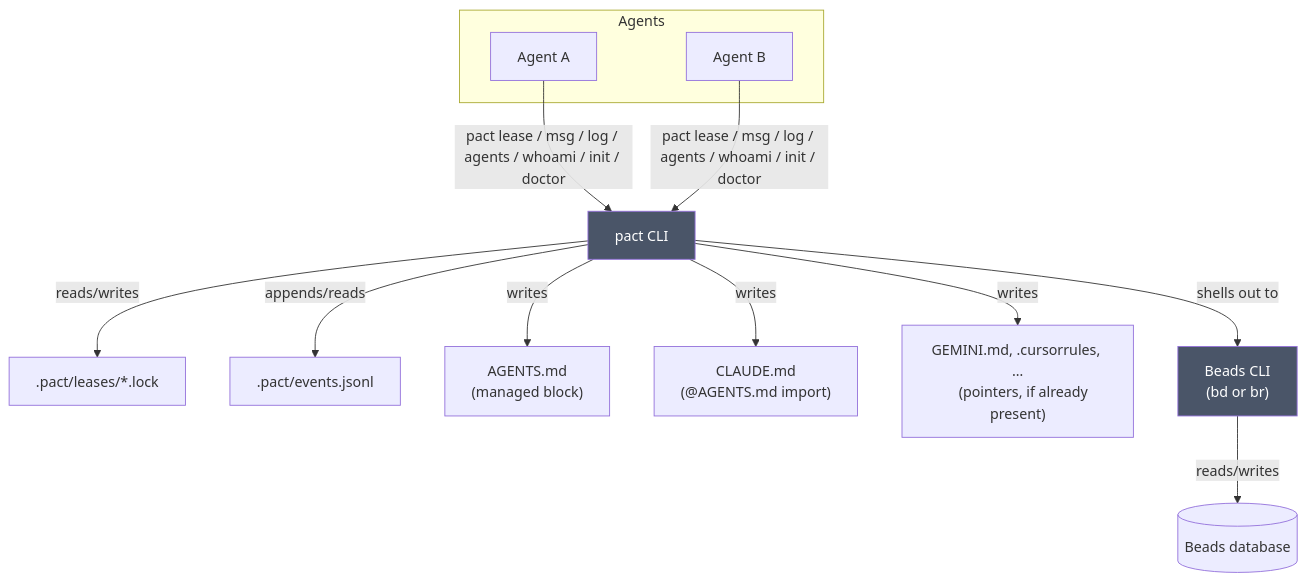
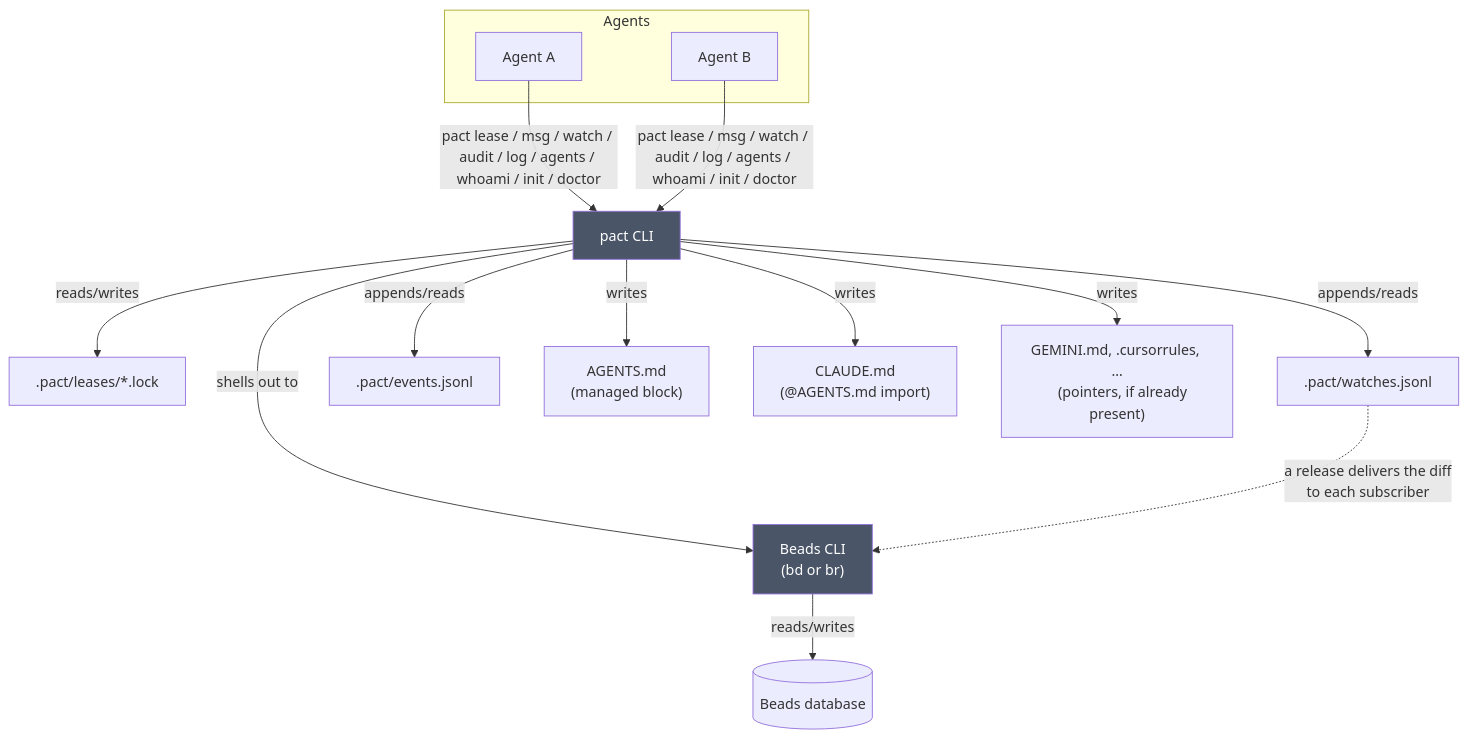
Before and after one commit to chussenot/pact: the diagram in docs/architecture.md, drawn with Mermaid. The commit also changed other lines of this file and 16 other files, not shown here.

````diff
--- a/docs/architecture.md
+++ b/docs/architecture.md
@@ -10,25 +16,28 @@
 ```mermaid
 flowchart TB
     subgraph Agents
         A[Agent A]
         B[Agent B]
     end
 
-    A -->|pact lease / msg / log / agents / whoami / init / doctor| P[pact CLI]
-    B -->|pact lease / msg / log / agents / whoami / init / doctor| P
+    A -->|"pact lease / msg / watch / audit / log / agents / whoami / init / doctor"| P[pact CLI]
+    B -->|"pact lease / msg / watch / audit / log / agents / whoami / init / doctor"| P
 
     P -->|reads/writes| L[".pact/leases/*.lock"]
+    P -->|appends/reads| W[".pact/watches.jsonl"]
     P -->|appends/reads| R[".pact/events.jsonl"]
     P -->|writes| M["AGENTS.md
     (managed block)"]
     P -->|writes| C["CLAUDE.md
     (@AGENTS.md import)"]
     P -->|writes| I["GEMINI.md, .cursorrules, …
     (pointers, if already present)"]
     P -->|shells out to| BD["Beads CLI
     (bd or br)"]
     BD -->|reads/writes| DB[(Beads database)]
 
+    W -.->|"a release delivers the diff<br/>to each subscriber"| BD
+
     style P fill:#4a5568,color:#fff
     style BD fill:#4a5568,color:#fff
 ```
````
